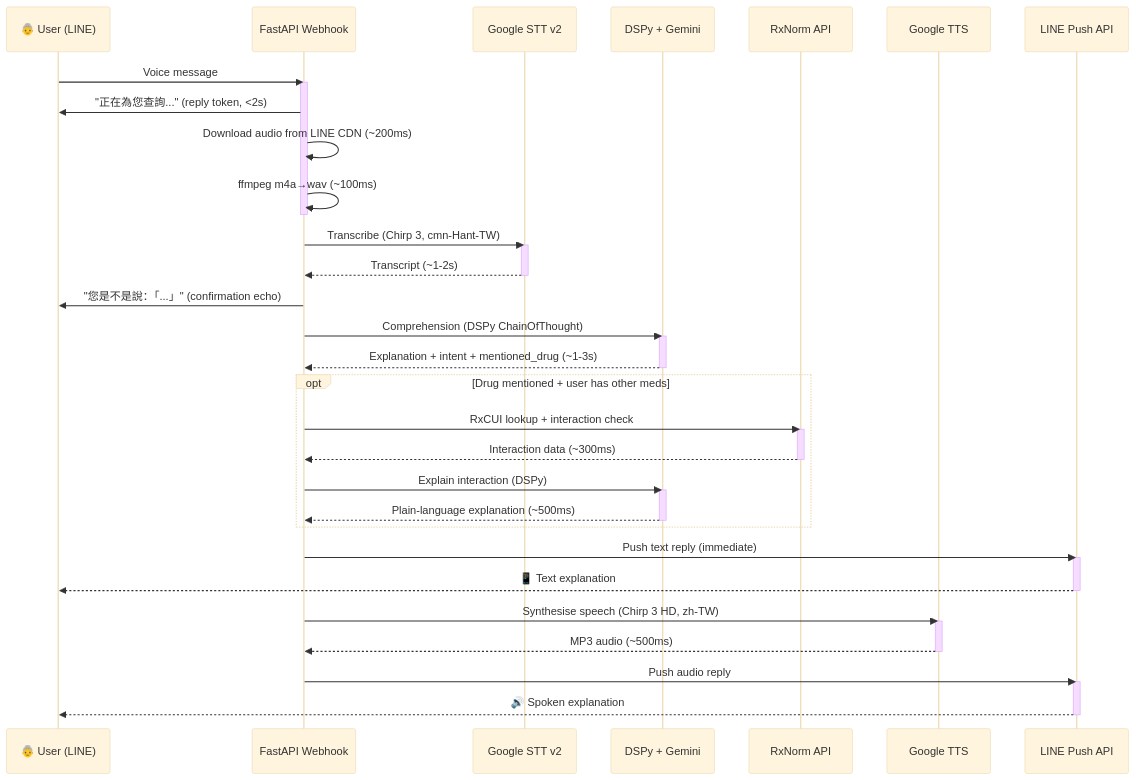
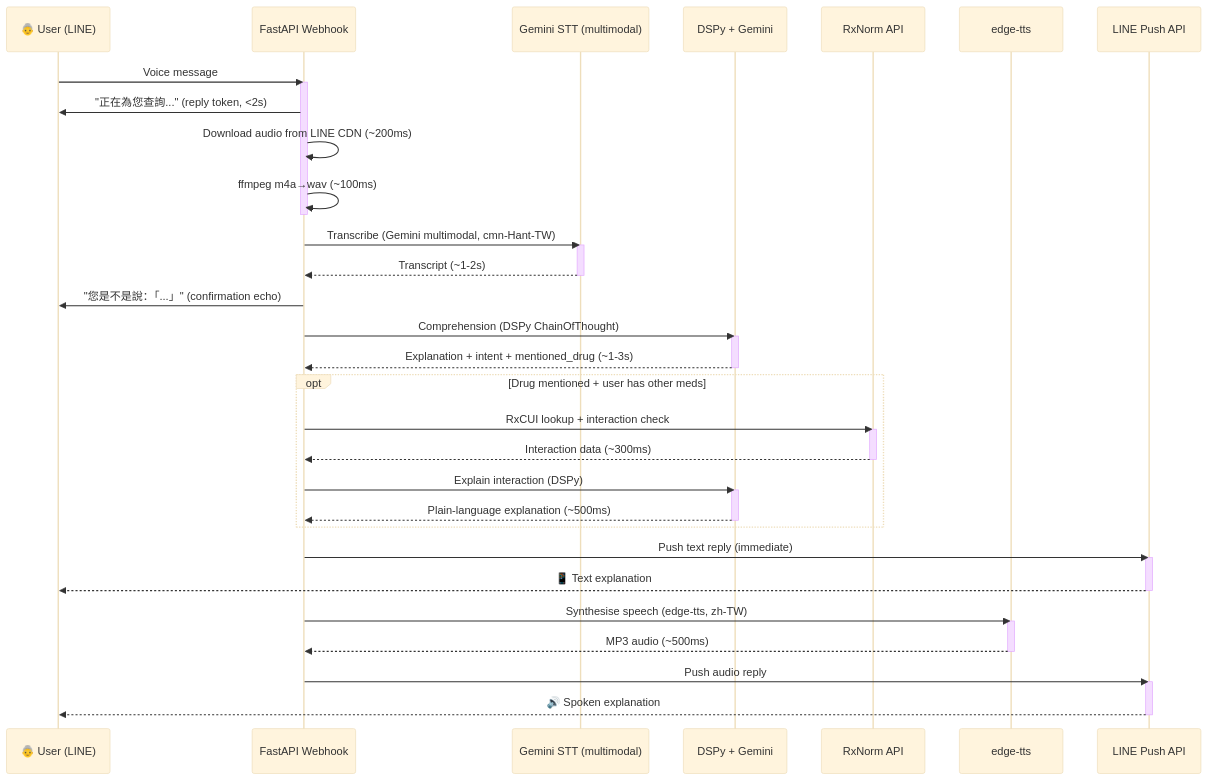
The third of 8 diagrams in docs/TDD.md (impravin22/medbuddy), drawn with Mermaid (base theme) before and after one commit. The commit also changed other lines of this file and 8 other files, not shown here.

````diff
--- a/docs/TDD.md
+++ b/docs/TDD.md
@@ -111,55 +124,55 @@
 ```mermaid
 sequenceDiagram
     participant U as 👵 User (LINE)
     participant W as FastAPI Webhook
-    participant S as Google STT v2
+    participant S as Gemini STT (multimodal)
     participant G as DSPy + Gemini
     participant R as RxNorm API
-    participant T as Google TTS
+    participant T as edge-tts
     participant L as LINE Push API
 
     U->>W: Voice message
     activate W
     W->>U: "正在為您查詢..." (reply token, <2s)
     W->>W: Download audio from LINE CDN (~200ms)
     W->>W: ffmpeg m4a→wav (~100ms)
     deactivate W
 
-    W->>S: Transcribe (Chirp 3, cmn-Hant-TW)
+    W->>S: Transcribe (Gemini multimodal, cmn-Hant-TW)
     activate S
     S-->>W: Transcript (~1-2s)
     deactivate S
 
     W->>U: "您是不是說：「...」" (confirmation echo)
 
     W->>G: Comprehension (DSPy ChainOfThought)
     activate G
     G-->>W: Explanation + intent + mentioned_drug (~1-3s)
     deactivate G
 
     opt Drug mentioned + user has other meds
         W->>R: RxCUI lookup + interaction check
         activate R
         R-->>W: Interaction data (~300ms)
         deactivate R
         W->>G: Explain interaction (DSPy)
         activate G
         G-->>W: Plain-language explanation (~500ms)
         deactivate G
     end
 
     W->>L: Push text reply (immediate)
     activate L
     L-->>U: 📱 Text explanation
     deactivate L
 
-    W->>T: Synthesise speech (Chirp 3 HD, zh-TW)
+    W->>T: Synthesise speech (edge-tts, zh-TW)
     activate T
     T-->>W: MP3 audio (~500ms)
     deactivate T
 
     W->>L: Push audio reply
     activate L
     L-->>U: 🔊 Spoken explanation
     deactivate L
 ```
````
